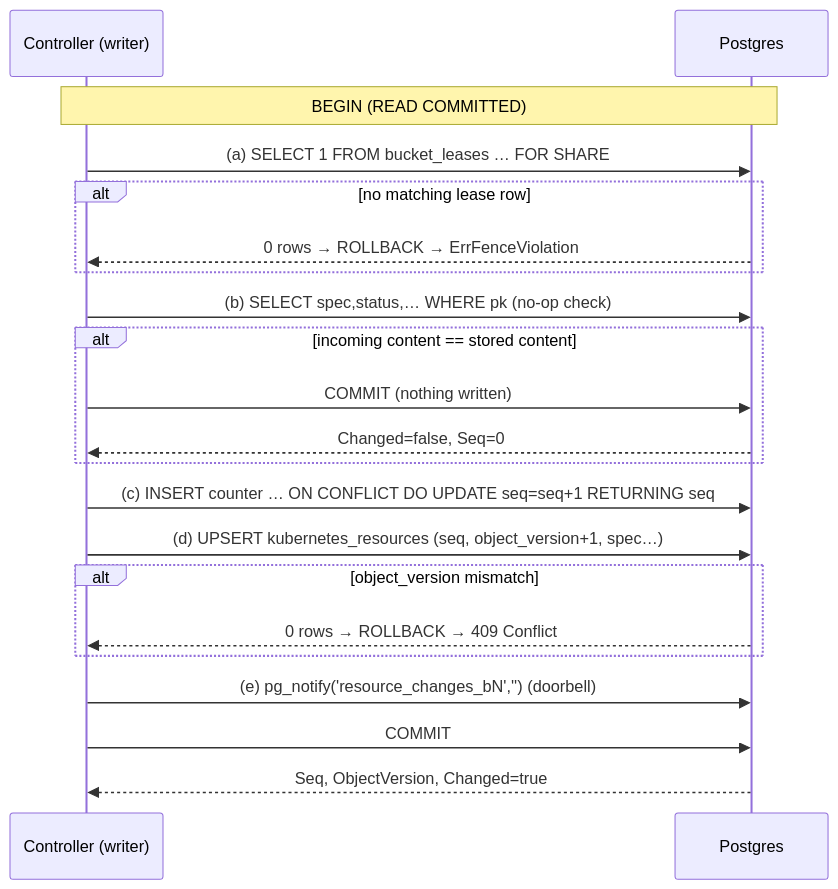
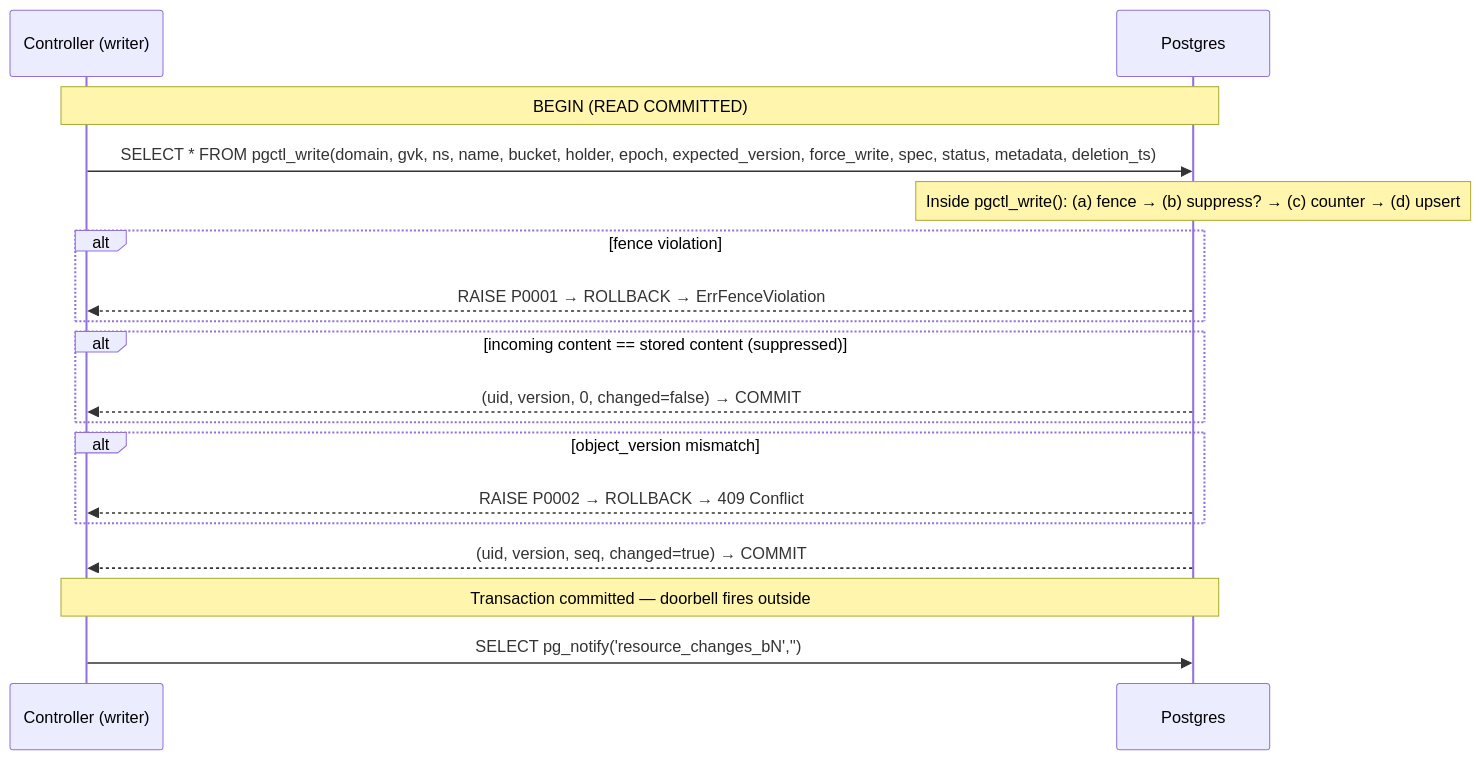
Before and after one commit to jmelis/postgres-controller-backend: the first of 4 diagrams in WALKTHROUGH.md, drawn with Mermaid. The commit also changed other lines of this file and 4 other files, not shown here.

First line of the commit message:
Update docs to reflect stored procedure write path and RDS perf numbers

````diff
--- a/WALKTHROUGH.md
+++ b/WALKTHROUGH.md
@@ -123,23 +124,20 @@
 ```mermaid
 sequenceDiagram
     participant C as Controller (writer)
     participant DB as Postgres
     Note over C,DB: BEGIN (READ COMMITTED)
-    C->>DB: (a) SELECT 1 FROM bucket_leases … FOR SHARE
-    alt no matching lease row
-        DB-->>C: 0 rows → ROLLBACK → ErrFenceViolation
+    C->>DB: SELECT * FROM pgctl_write(domain, gvk, ns, name, bucket, holder, epoch, expected_version, force_write, spec, status, metadata, deletion_ts)
+    Note over DB: Inside pgctl_write(): (a) fence → (b) suppress? → (c) counter → (d) upsert
+    alt fence violation
+        DB-->>C: RAISE P0001 → ROLLBACK → ErrFenceViolation
     end
-    C->>DB: (b) SELECT spec,status,… WHERE pk  (no-op check)
-    alt incoming content == stored content
-        C->>DB: COMMIT (nothing written)
-        DB-->>C: Changed=false, Seq=0
+    alt incoming content == stored content (suppressed)
+        DB-->>C: (uid, version, 0, changed=false) → COMMIT
     end
-    C->>DB: (c) INSERT counter … ON CONFLICT DO UPDATE seq=seq+1 RETURNING seq
-    C->>DB: (d) UPSERT kubernetes_resources (seq, object_version+1, spec…)
     alt object_version mismatch
-        DB-->>C: 0 rows → ROLLBACK → 409 Conflict
+        DB-->>C: RAISE P0002 → ROLLBACK → 409 Conflict
     end
-    C->>DB: (e) pg_notify('resource_changes_bN','')  (doorbell)
-    C->>DB: COMMIT
-    DB-->>C: Seq, ObjectVersion, Changed=true
+    DB-->>C: (uid, version, seq, changed=true) → COMMIT
+    Note over C,DB: Transaction committed — doorbell fires outside
+    C->>DB: SELECT pg_notify('resource_changes_bN','')
 ```
````
